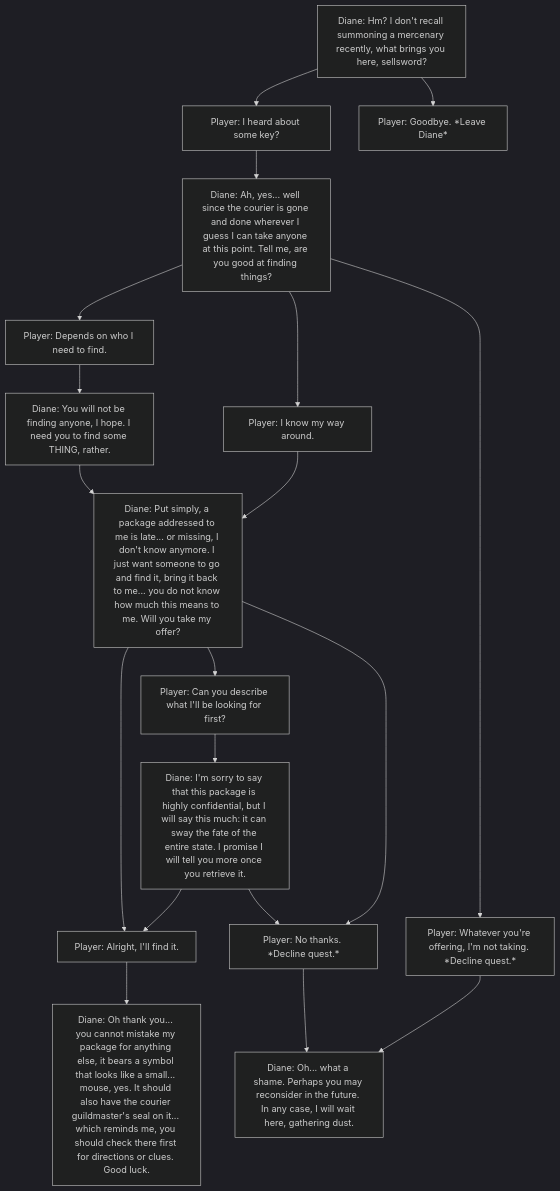
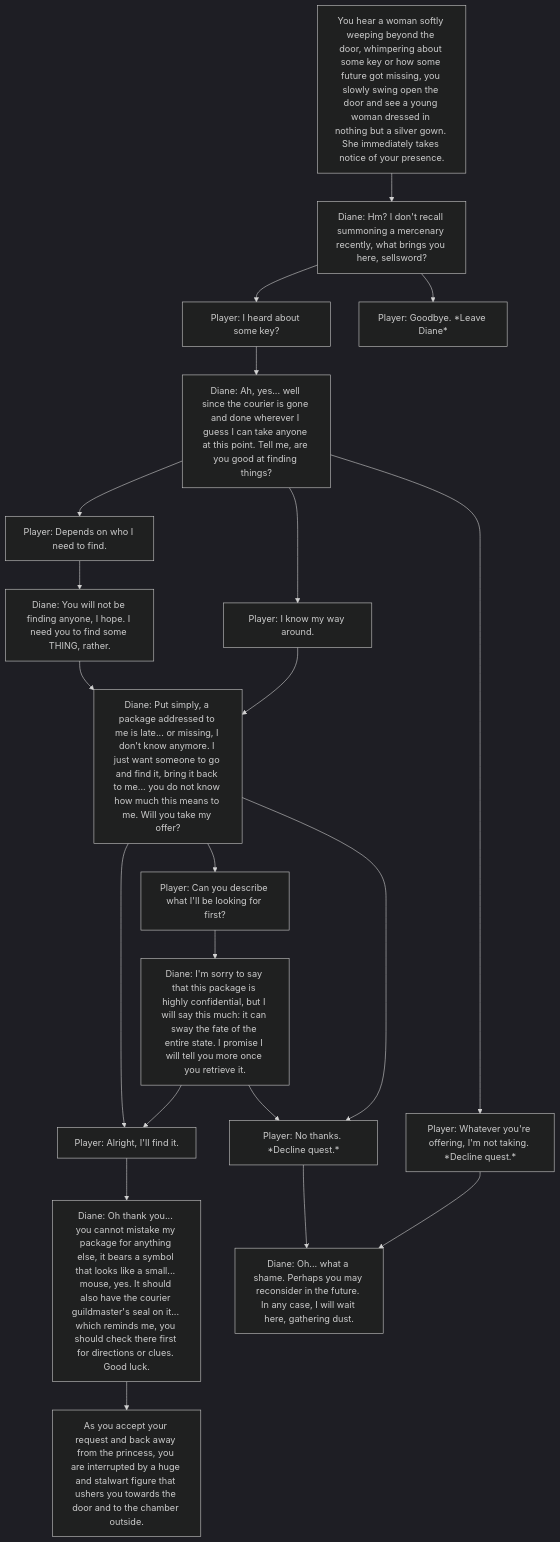
One commit to padillaryl/cc3-rpg-DialogueTree changed the first of 8 diagrams in Playground.md. Above: the diagram before and after it, drawn with Mermaid (dark theme). The commit also changed other lines of this file, not shown here.

````diff
--- a/Playground.md
+++ b/Playground.md
@@ -5,10 +5,12 @@
 ```mermaid
 flowchart TD
+  NARRATION1[You hear a woman softly weeping beyond the door, whimpering about some key or how some future got missing, you slowly swing open the door and see a young woman dressed in nothing but a silver gown. She immediately takes notice of your presence.] --> STEP1
   STEP1[Diane: Hm? I don't recall summoning a mercenary recently, what brings you here, sellsword?] --> STEP1A[Player: I heard about some key?] & STEP1B[Player: Goodbye. *Leave Diane*]
   STEP1A --> STEP2[Diane: Ah, yes... well since the courier is gone and done wherever I guess I can take anyone at this point. Tell me, are you good at finding things?] --> STEP2A[Player: Depends on who I need to find.] & STEP2B[Player: I know my way around.] & STEP2C[Player: Whatever you're offering, I'm not taking. *Decline quest.*]
   STEP2A --> STEP3A[Diane: You will not be finding anyone, I hope. I need you to find some THING, rather.] --> STEP3B
   STEP2B --> STEP3B[Diane: Put simply, a package addressed to me is late... or missing, I don't know anymore. I just want someone to go and find it, bring it back to me... you do not know how much this means to me. Will you take my offer?] --> STEP4A[Player: Alright, I'll find it.] & STEP4B[Player: Can you describe what I'll be looking for first?] & STEP4C[Player: No thanks. *Decline quest.*]
   STEP4B --> STEP5[Diane: I'm sorry to say that this package is highly confidential, but I will say this much: it can sway the fate of the entire state. I promise I will tell you more once you retrieve it.] --> STEP4A & STEP4C
   STEP2C & STEP4C --> DECLINE[Diane: Oh... what a shame. Perhaps you may reconsider in the future. In any case, I will wait here, gathering dust.]
   STEP4A --> STEPACCEPT[Diane: Oh thank you... you cannot mistake my package for anything else, it bears a symbol that looks like a small... mouse, yes. It should also have the courier guildmaster's seal on it... which reminds me, you should check there first for directions or clues. Good luck.]
+  STEPACCEPT --> NARRATION2[As you accept your request and back away from the princess, you are interrupted by a huge and stalwart figure that ushers you towards the door and to the chamber outside.]
 ```
````
